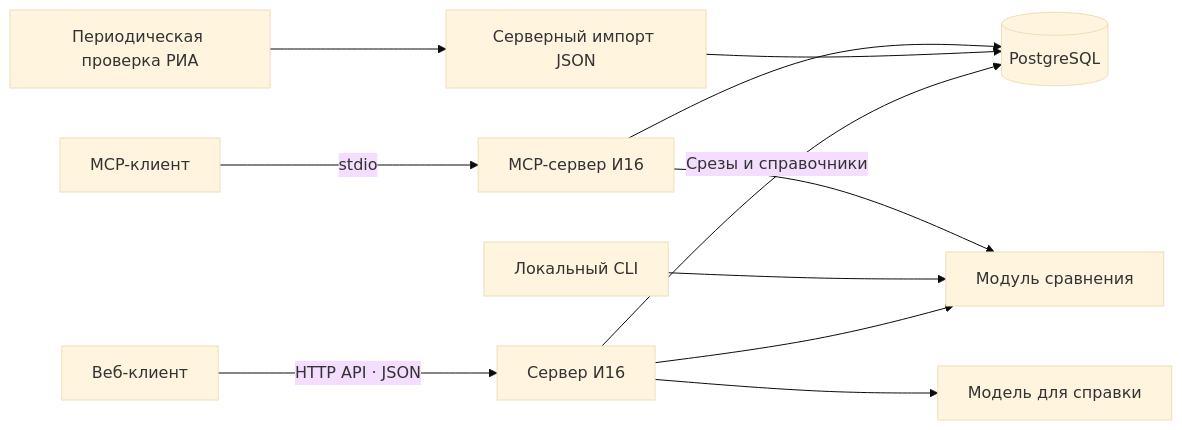
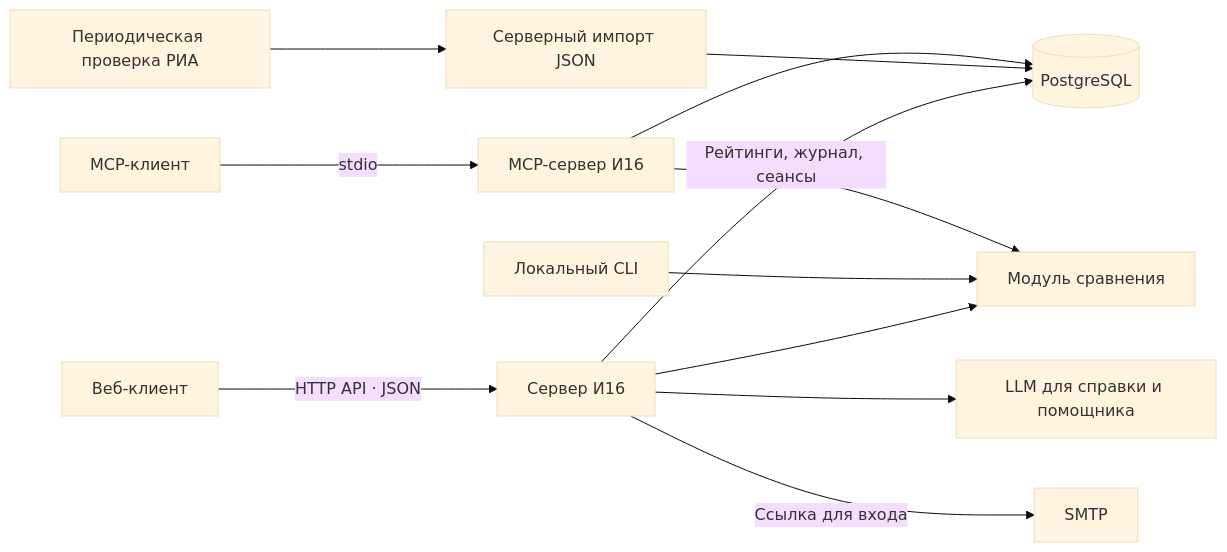
The diagram in docs/architecture.md (safonovman89-cloud/rating), drawn with Mermaid (base theme) before and after one commit. The commit also changed other lines of this file and 8 other files, not shown here.

````diff
--- a/docs/architecture.md
+++ b/docs/architecture.md
@@ -3,13 +3,14 @@
 ```mermaid
 flowchart LR
     Web[Веб-клиент] -->|HTTP API · JSON| Server[Сервер И16]
-    Server -->|Срезы и справочники| DB[(PostgreSQL)]
+    Server -->|Рейтинги, журнал, сеансы| DB[(PostgreSQL)]
     Server --> Core[Модуль сравнения]
-    Server --> Model[Модель для справки]
+    Server --> Model[LLM для справки и помощника]
+    Server -->|Ссылка для входа| Mail[SMTP]
     CLI[Локальный CLI] --> Core
     Import[Серверный импорт JSON] --> DB
     Refresh[Периодическая проверка РИА] --> Import
     MCPClient[MCP-клиент] -->|stdio| MCP[MCP-сервер И16]
     MCP --> Core
     MCP --> DB
 ```
````
